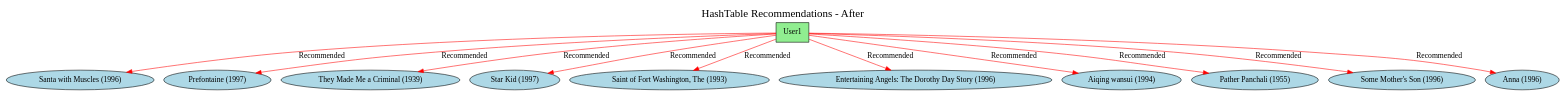
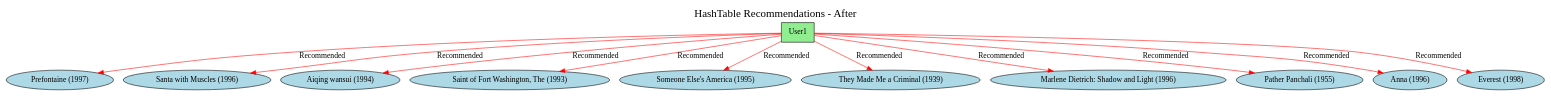
One commit to dsmithnautel/DSA-Project-3 changed the diagram in cmake-build-debug/hashRecs_after.dot. Above: the diagram before and after it, drawn with Graphviz. The commit also changed 9 other files, not shown here.

```diff
--- a/cmake-build-debug/hashRecs_after.dot
+++ b/cmake-build-debug/hashRecs_after.dot
@@ -1,27 +1,27 @@
 digraph G {
     label="HashTable Recommendations - After";
     labelloc=top;
     fontsize=20;
     node [style=filled, fillcolor=lightblue];
     "User1" [shape=box, fillcolor=lightgreen];
+    "User1" -> "Movie1189" [label="Recommended", color=red];
+    "Movie1189" [label="Prefontaine (1997)"];
     "User1" -> "Movie1500" [label="Recommended", color=red];
     "Movie1500" [label="Santa with Muscles (1996)"];
-    "User1" -> "Movie1189" [label="Recommended", color=red];
-    "Movie1189" [label="Prefontaine (1997)"];
+    "User1" -> "Movie1536" [label="Recommended", color=red];
+    "Movie1536" [label="Aiqing wansui (1994)"];
+    "User1" -> "Movie1467" [label="Recommended", color=red];
+    "Movie1467" [label="Saint of Fort Washington, The (1993)"];
+    "User1" -> "Movie1599" [label="Recommended", color=red];
+    "Movie1599" [label="Someone Else's America (1995)"];
     "User1" -> "Movie1122" [label="Recommended", color=red];
     "Movie1122" [label="They Made Me a Criminal (1939)"];
-    "User1" -> "Movie1293" [label="Recommended", color=red];
-    "Movie1293" [label="Star Kid (1997)"];
-    "User1" -> "Movie1467" [label="Recommended", color=red];
-    "Movie1467" [label="Saint of Fort Washington, The (1993)"];
-    "User1" -> "Movie1653" [label="Recommended", color=red];
-    "Movie1653" [label="Entertaining Angels: The Dorothy Day Story (1996)"];
-    "User1" -> "Movie1536" [label="Recommended", color=red];
-    "Movie1536" [label="Aiqing wansui (1994)"];
+    "User1" -> "Movie1201" [label="Recommended", color=red];
+    "Movie1201" [label="Marlene Dietrich: Shadow and Light (1996) "];
     "User1" -> "Movie1449" [label="Recommended", color=red];
     "Movie1449" [label="Pather Panchali (1955)"];
-    "User1" -> "Movie1642" [label="Recommended", color=red];
-    "Movie1642" [label="Some Mother's Son (1996)"];
     "User1" -> "Movie1398" [label="Recommended", color=red];
     "Movie1398" [label="Anna (1996)"];
+    "User1" -> "Movie1594" [label="Recommended", color=red];
+    "Movie1594" [label="Everest (1998)"];
 }
```
